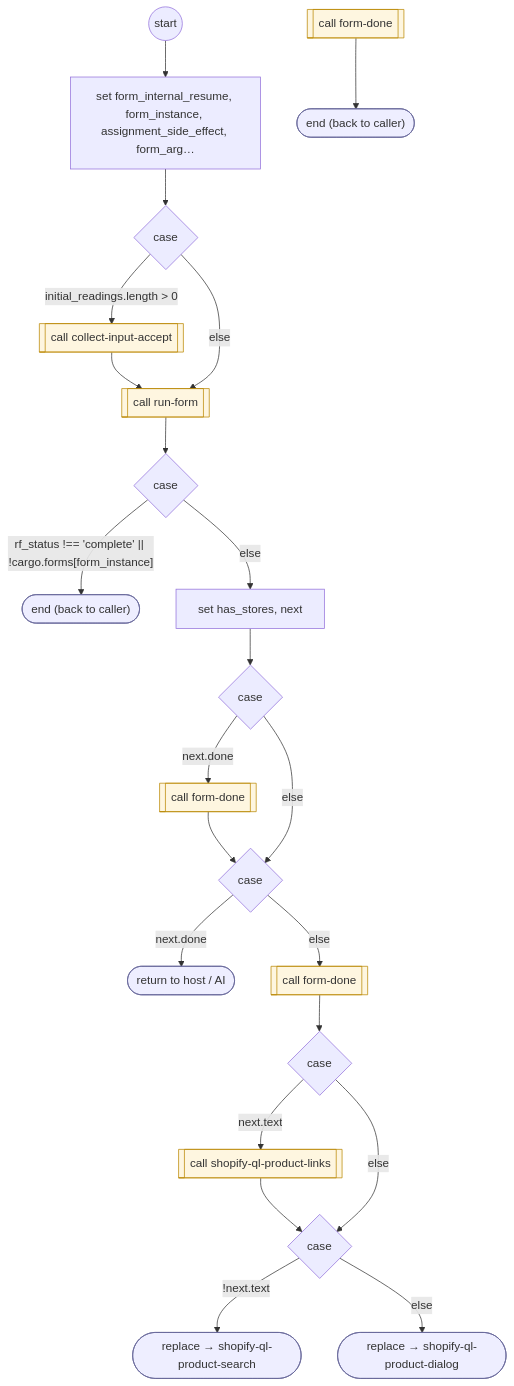
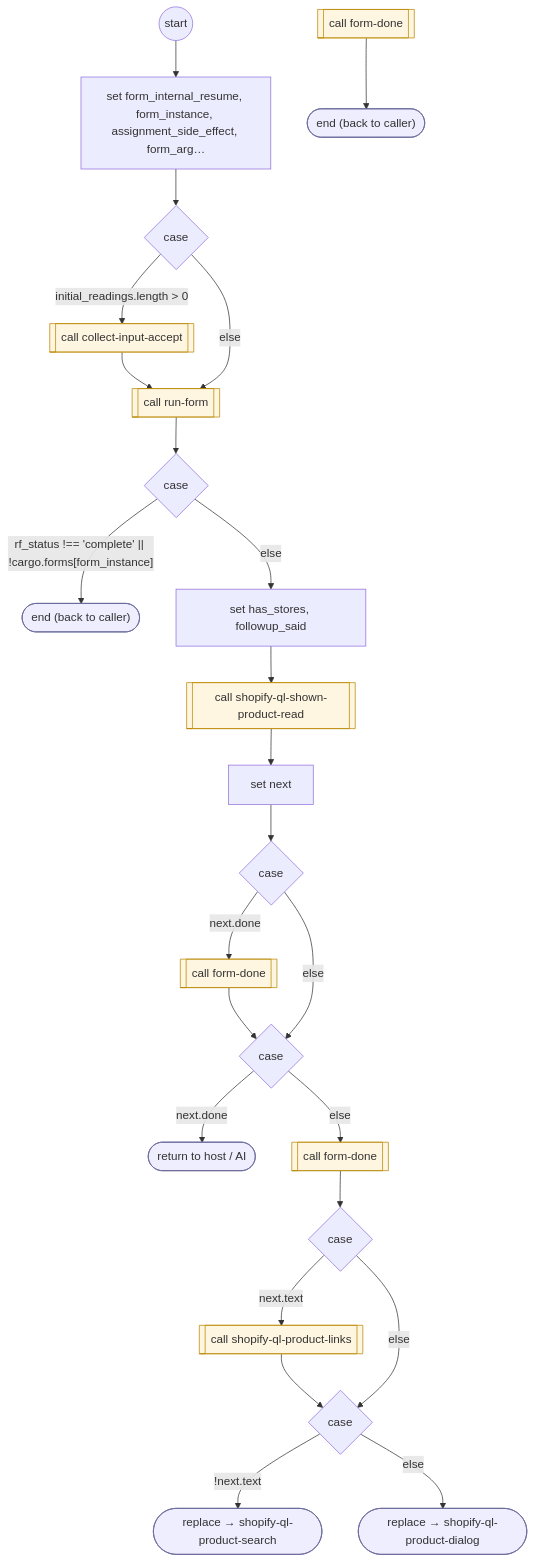
Before and after one commit to ronpinkas/jsfe: the second of 2 diagrams in docs/flows/shopify/shopify-ql-product-dialog.md, drawn with Mermaid. The commit also changed other lines of this file and 11 other files, not shown here.

````diff
--- a/docs/flows/shopify/shopify-ql-product-dialog.md
+++ b/docs/flows/shopify/shopify-ql-product-dialog.md
@@ -34,59 +34,64 @@
 ```mermaid
 flowchart TD
    START(("start"))
    n0["set form_internal_resume, form_instance, assignment_side_effect, form_arg…"]
    START --> n0
    c1{"case"}
    n0 --> c1
    b2[["call collect-input-accept"]]
    class b2 flowstep
    c1 -- "initial_readings.length #gt; 0" --> b2
    n3[["call run-form"]]
    class n3 flowstep
    b2 --> n3
    c1 -- "else" --> n3
    c4{"case"}
    n3 --> c4
    b5(["end (back to caller)"])
    class b5 endstep
    c4 -- "rf_status !== 'complete' #124;#124; !cargo.forms[form_instance]" --> b5
-   n6["set has_stores, next"]
+   n6["set has_stores, followup_said"]
    c4 -- "else" --> n6
-   c7{"case"}
-   n6 --> c7
-   b8[["call form-done"]]
-   class b8 flowstep
-   c7 -- "next.done" --> b8
+   n7[["call shopify-ql-shown-product-read"]]
+   class n7 flowstep
+   n6 --> n7
+   n8["set next"]
+   n7 --> n8
    c9{"case"}
-   b8 --> c9
-   c7 -- "else" --> c9
-   b10(["return to host / AI"])
-   class b10 endstep
+   n8 --> c9
+   b10[["call form-done"]]
+   class b10 flowstep
    c9 -- "next.done" --> b10
-   n11[["call form-done"]]
-   class n11 flowstep
-   c9 -- "else" --> n11
-   c12{"case"}
-   n11 --> c12
-   b13[["call shopify-ql-product-links"]]
-   class b13 flowstep
-   c12 -- "next.text" --> b13
+   c11{"case"}
+   b10 --> c11
+   c9 -- "else" --> c11
+   b12(["return to host / AI"])
+   class b12 endstep
+   c11 -- "next.done" --> b12
+   n13[["call form-done"]]
+   class n13 flowstep
+   c11 -- "else" --> n13
    c14{"case"}
-   b13 --> c14
-   c12 -- "else" --> c14
-   b15(["replace → shopify-ql-product-search"])
-   class b15 endstep
-   c14 -- "!next.text" --> b15
-   n16(["replace → shopify-ql-product-dialog"])
-   class n16 endstep
-   c14 -- "else" --> n16
-   n17[["call form-done"]]
-   class n17 flowstep
+   n13 --> c14
+   b15[["call shopify-ql-product-links"]]
+   class b15 flowstep
+   c14 -- "next.text" --> b15
+   c16{"case"}
+   b15 --> c16
+   c14 -- "else" --> c16
+   b17(["replace → shopify-ql-product-search"])
+   class b17 endstep
+   c16 -- "!next.text" --> b17
+   n18(["replace → shopify-ql-product-dialog"])
+   class n18 endstep
+   c16 -- "else" --> n18
+   n19[["call form-done"]]
+   class n19 flowstep
    DONE(["end (back to caller)"])
    class DONE endstep
-   n17 --> DONE
+   n19 --> DONE
    classDef endstep fill:#eef,stroke:#669
    classDef toolstep fill:#efe,stroke:#696
    classDef flowstep fill:#fef6e0,stroke:#b80
    classDef inputstep fill:#f3eefc,stroke:#75a
 ```
````
